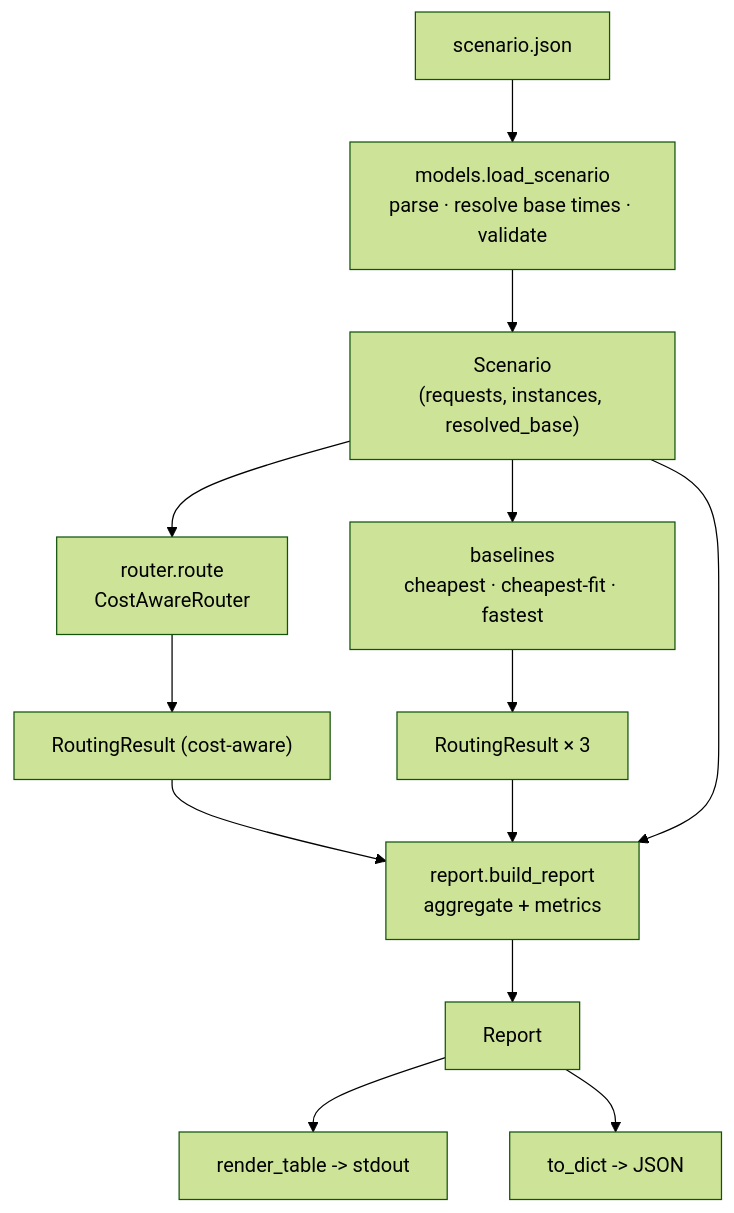
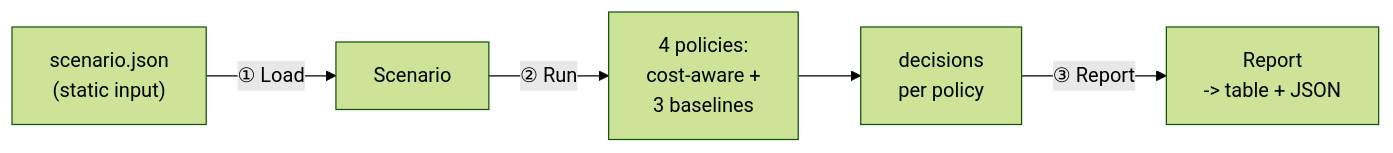
The first of 2 diagrams in router/ARCHITECTURE.md (4sgupta828/mlplatform), drawn with Mermaid (forest theme) before and after one commit. The commit also changed other lines of this file and 2 other files, not shown here.

First line of the commit message:
Clarify router docs: simplified flow + scenario section

````diff
--- a/router/ARCHITECTURE.md
+++ b/router/ARCHITECTURE.md
@@ -78,15 +82,7 @@
 ```mermaid
-flowchart TB
-    F["scenario.json"] --> L["models.load_scenario<br/>parse · resolve base times · validate"]
-    L --> S["Scenario<br/>(requests, instances, resolved_base)"]
-    S --> R["router.route<br/>CostAwareRouter"]
-    S --> B["baselines<br/>cheapest · cheapest-fit · fastest"]
-    R --> RES1["RoutingResult (cost-aware)"]
-    B --> RES2["RoutingResult × 3"]
-    RES1 --> RP["report.build_report<br/>aggregate + metrics"]
-    RES2 --> RP
-    S --> RP
-    RP --> REP["Report"]
-    REP --> T["render_table -> stdout"]
-    REP --> J["to_dict -> JSON"]
+flowchart LR
+    F["scenario.json<br/>(static input)"] -->|① Load| S["Scenario"]
+    S -->|② Run| P["4 policies:<br/>cost-aware +<br/>3 baselines"]
+    P --> D["decisions<br/>per policy"]
+    D -->|③ Report| R["Report<br/>-> table + JSON"]
 ```
````
